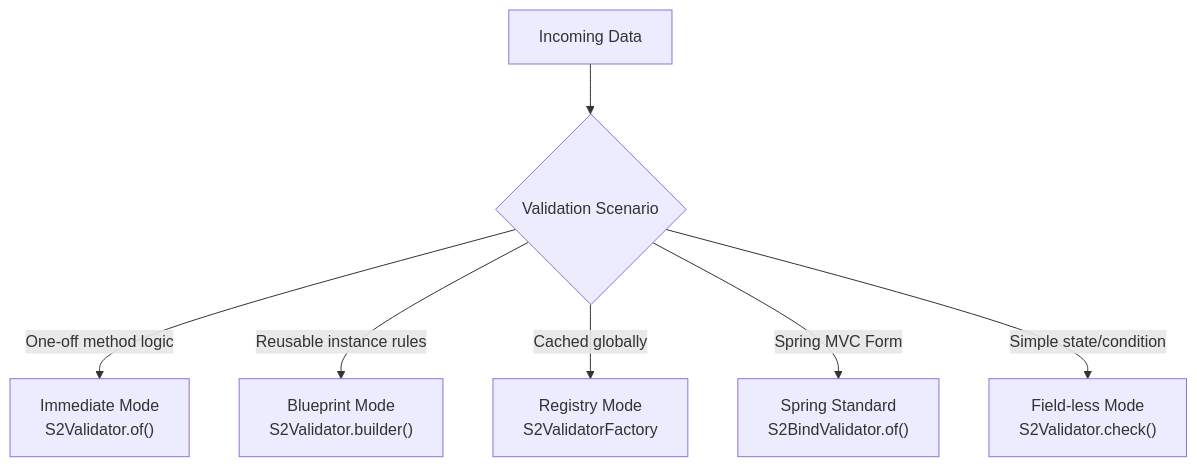
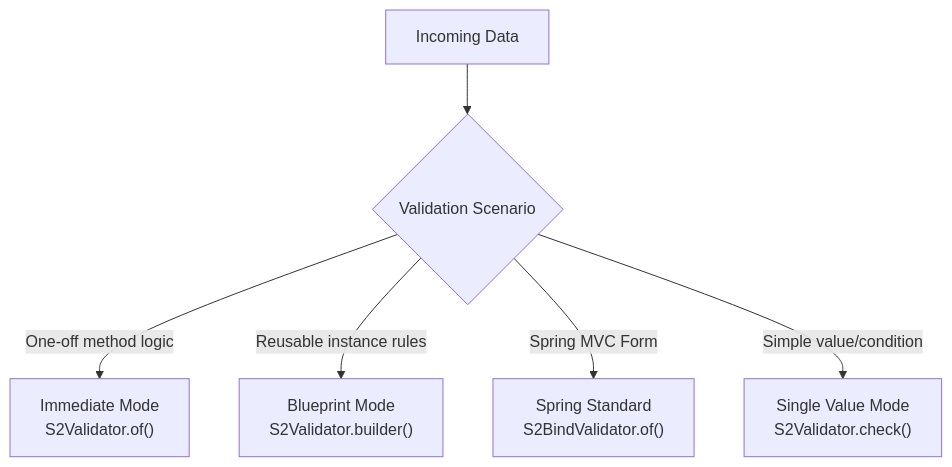
The first of 2 diagrams in MANUAL.md (devers2/s2-util), drawn with Mermaid before and after one commit. The commit also changed other lines of this file and 17 other files, not shown here.

````diff
--- a/MANUAL.md
+++ b/MANUAL.md
@@ -159,9 +158,8 @@
 ```mermaid
 flowchart TD
     Req["Incoming Data"] --> Choice{"Validation Scenario"}
     Choice -->|"One-off method logic"| A["Immediate Mode<br>S2Validator.of()"]
     Choice -->|"Reusable instance rules"| B["Blueprint Mode<br>S2Validator.builder()"]
-    Choice -->|"Cached globally"| C["Registry Mode<br>S2ValidatorFactory"]
-    Choice -->|"Spring MVC Form"| D["Spring Standard<br>S2BindValidator.of()"]
-    Choice -->|"Simple state/condition"| E["Field-less Mode<br>S2Validator.check()"]
+    Choice -->|"Spring MVC Form"| C["Spring Standard<br>S2BindValidator.of()"]
+    Choice -->|"Simple value/condition"| D["Single Value Mode<br>S2Validator.check()"]
 ```
````
